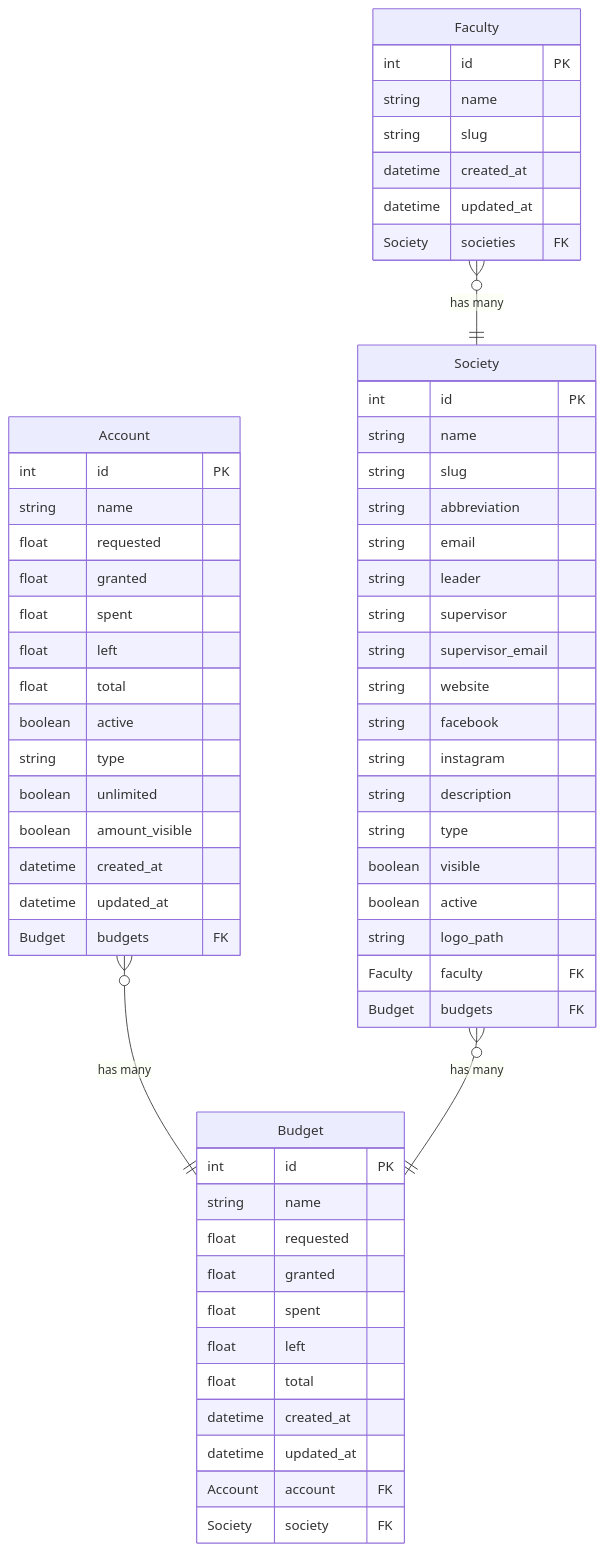
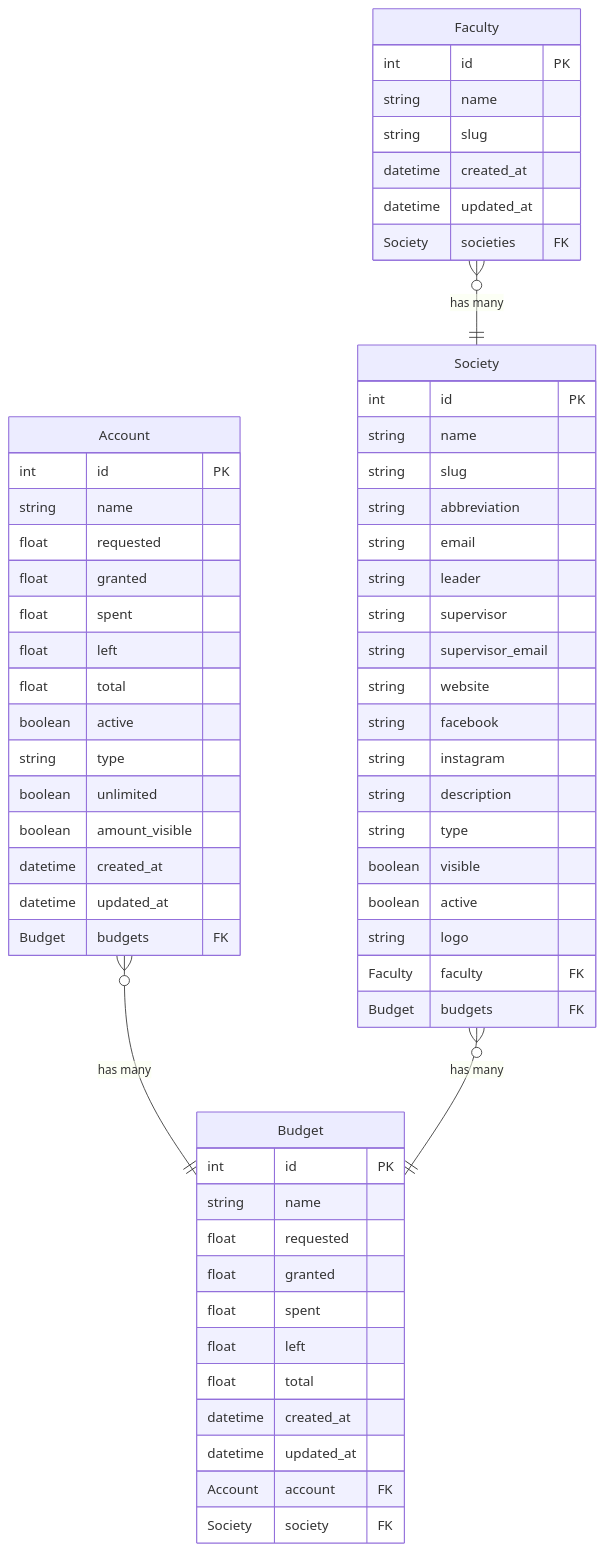
Before and after one commit to tomasz-jankowski/rkn: the diagram in docs/model_relations.mmd, drawn with Mermaid. The commit also changed 17 other files, not shown here.

```diff
--- a/docs/model_relations.mmd
+++ b/docs/model_relations.mmd
@@ -1,65 +1,65 @@
 erDiagram
     faculty[Faculty] {
         int id PK
         string name
         string slug
         datetime created_at
         datetime updated_at
         Society societies FK
     }
     society[Society] {
         int id PK
         string name
         string slug
         string abbreviation
         string email
         string leader
         string supervisor
         string supervisor_email
         string website
         string facebook
         string instagram
         string description
         string type
         boolean visible
         boolean active
-        string logo_path
+        string logo
         Faculty faculty FK
         Budget budgets FK
     }
     account[Account] {
         int id PK
         string name
         float requested
         float granted
         float spent
         float left
         float total
         boolean active
         string type
         boolean unlimited
         boolean amount_visible
         datetime created_at
         datetime updated_at
         Budget budgets FK
     }
     budget[Budget] {
         int id PK
         string name
         float requested
         float granted
         float spent
         float left
         float total
         datetime created_at
         datetime updated_at
         Account account FK
         Society society FK
     }
 
     %% Faculty has 0+ Society, Society has 1 Faculty
     faculty }o--|| society : "has many"
     %% Account has 0+ Budget, Budget has 1 Account
     account }o--|| budget : "has many"
     %% Society has 0+ Budget, Budget has 1 Society
     society }o--|| budget : "has many"
```
